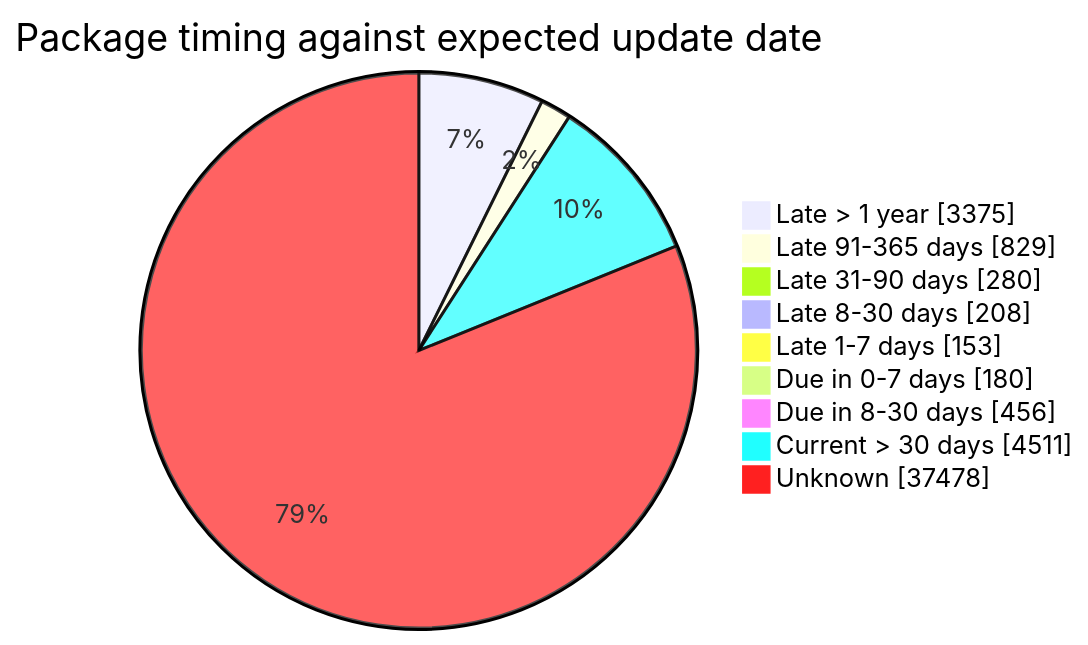
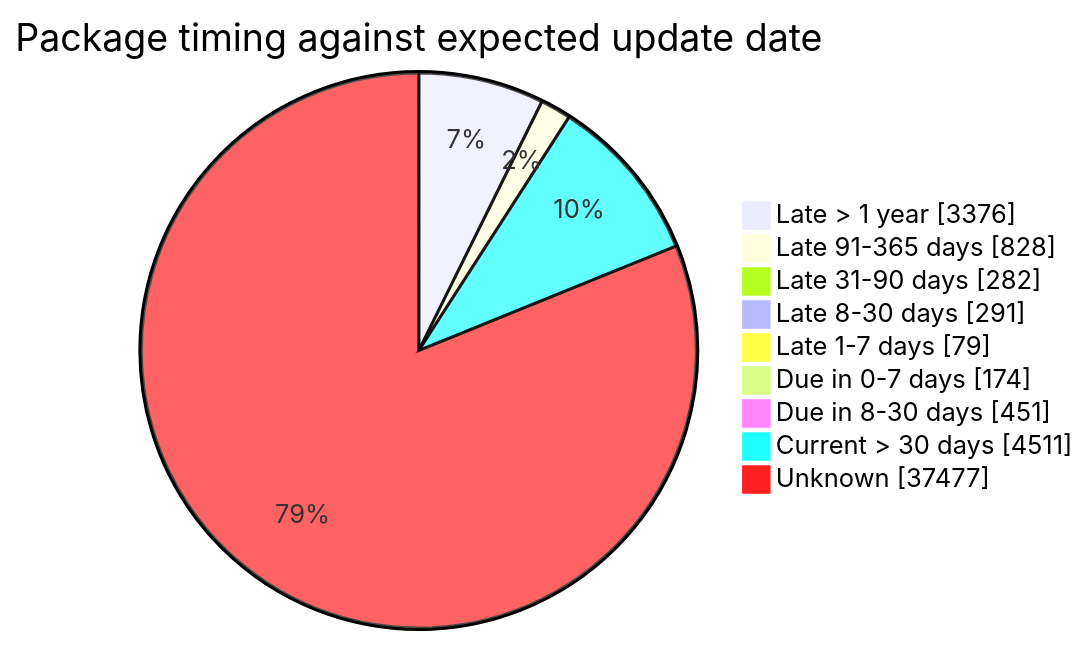
The fourth of 5 diagrams in FreshCheck/README.md (open-data/analytics-corporate-reporting), drawn with Mermaid before and after one commit. The commit also changed other lines of this file and 3 other files, not shown here.

````diff
--- a/FreshCheck/README.md
+++ b/FreshCheck/README.md
@@ -87,12 +87,12 @@
 ```mermaid
 pie showData title Package timing against expected update date
-    "Late > 1 year": 3375
-    "Late 91-365 days": 829
-    "Late 31-90 days": 280
-    "Late 8-30 days": 208
-    "Late 1-7 days": 153
-    "Due in 0-7 days": 180
-    "Due in 8-30 days": 456
+    "Late > 1 year": 3376
+    "Late 91-365 days": 828
+    "Late 31-90 days": 282
+    "Late 8-30 days": 291
+    "Late 1-7 days": 79
+    "Due in 0-7 days": 174
+    "Due in 8-30 days": 451
     "Current > 30 days": 4511
-    "Unknown": 37478
+    "Unknown": 37477
 ```
````
